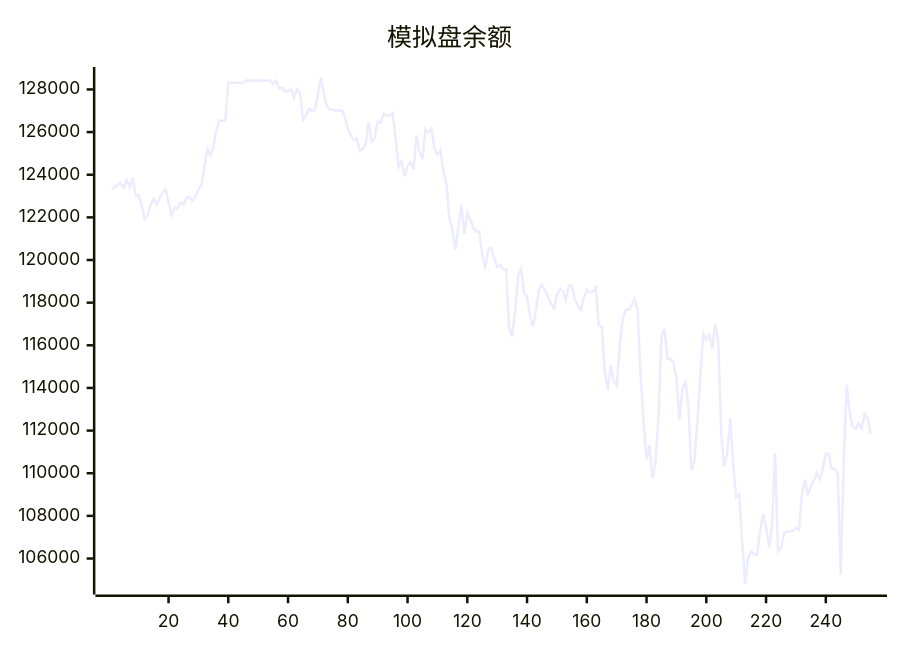
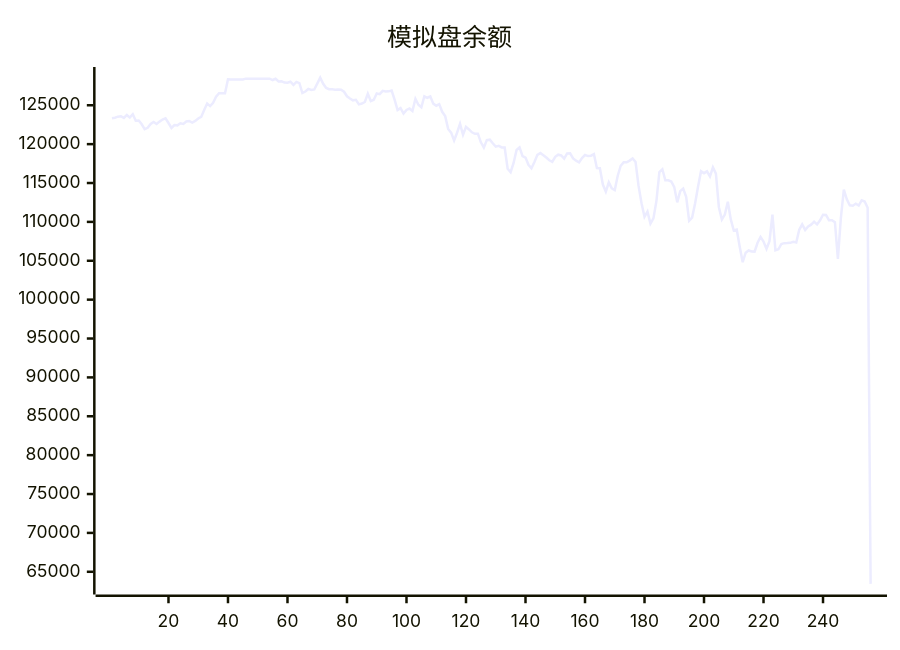
One commit to aahl/ai-trading changed the diagram in README.md. Above: the diagram before and after it, drawn with Mermaid. The commit also changed other lines of this file and 1 other file, not shown here.

````diff
--- a/README.md
+++ b/README.md
@@ -5,5 +5,5 @@
 ```mermaid
 xychart
     title "模拟盘余额"
-    line [123338,123402,123530,123592,123378,123745,123413,123853,123009,123040,122557,121938,122095,122599,122856,122597,122898,123160,123319,122719,122087,122454,122416,122685,122592,122907,122961,122776,122981,123295,123507,124403,125224,124894,125303,126088,126544,126534,126549,128335,128318,128318,128318,128318,128318,128424,128424,128424,128424,128424,128424,128424,128424,128424,128247,128412,128062,128087,127917,127901,128026,127611,128000,127850,126572,126770,127100,126971,127029,127783,128554,127765,127224,127064,127044,127009,127025,127004,126738,126152,125871,125635,125707,125117,125217,125420,126480,125545,125715,126511,126424,126856,126764,126788,126890,125710,124381,124632,123936,124402,124574,124256,125833,125070,124739,126154,125966,126145,125213,124943,125143,124157,123604,121959,121476,120476,121470,122610,121201,122221,121889,121522,121332,121344,120232,119559,120513,120577,120108,119680,119777,119572,119568,116839,116392,117573,119250,119585,118469,118277,117338,116897,117706,118628,118849,118579,118280,117926,117735,118373,118639,118544,118136,118798,118819,118162,117874,117649,118215,118601,118463,118517,118713,116911,116899,114798,113887,115084,114313,114091,115934,117221,117658,117658,117883,118164,117693,114632,112403,110644,111313,109777,110444,112673,116419,116772,115355,115355,115198,114476,112510,113954,114276,113223,110151,110561,112361,114562,116522,116265,116500,115845,117000,116199,111887,110306,110942,112588,110318,108891,109011,106814,104811,106038,106327,106201,106180,107315,108068,107463,106528,107530,110941,106346,106482,107161,107268,107270,107302,107426,107340,108985,109681,108962,109404,109645,110030,109680,110214,110918,110897,110215,110212,109962,105235,110525,114151,112895,112137,112083,112329,112094,112784,112613,111829]
+    line [123338,123402,123530,123592,123378,123745,123413,123853,123009,123040,122557,121938,122095,122599,122856,122597,122898,123160,123319,122719,122087,122454,122416,122685,122592,122907,122961,122776,122981,123295,123507,124403,125224,124894,125303,126088,126544,126534,126549,128335,128318,128318,128318,128318,128318,128424,128424,128424,128424,128424,128424,128424,128424,128424,128247,128412,128062,128087,127917,127901,128026,127611,128000,127850,126572,126770,127100,126971,127029,127783,128554,127765,127224,127064,127044,127009,127025,127004,126738,126152,125871,125635,125707,125117,125217,125420,126480,125545,125715,126511,126424,126856,126764,126788,126890,125710,124381,124632,123936,124402,124574,124256,125833,125070,124739,126154,125966,126145,125213,124943,125143,124157,123604,121959,121476,120476,121470,122610,121201,122221,121889,121522,121332,121344,120232,119559,120513,120577,120108,119680,119777,119572,119568,116839,116392,117573,119250,119585,118469,118277,117338,116897,117706,118628,118849,118579,118280,117926,117735,118373,118639,118544,118136,118798,118819,118162,117874,117649,118215,118601,118463,118517,118713,116911,116899,114798,113887,115084,114313,114091,115934,117221,117658,117658,117883,118164,117693,114632,112403,110644,111313,109777,110444,112673,116419,116772,115355,115355,115198,114476,112510,113954,114276,113223,110151,110561,112361,114562,116522,116265,116500,115845,117000,116199,111887,110306,110942,112588,110318,108891,109011,106814,104811,106038,106327,106201,106180,107315,108068,107463,106528,107530,110941,106346,106482,107161,107268,107270,107302,107426,107340,108985,109681,108962,109404,109645,110030,109680,110214,110918,110897,110215,110212,109962,105235,110525,114151,112895,112137,112083,112329,112094,112784,112613,111829,63445]
 ```
````
